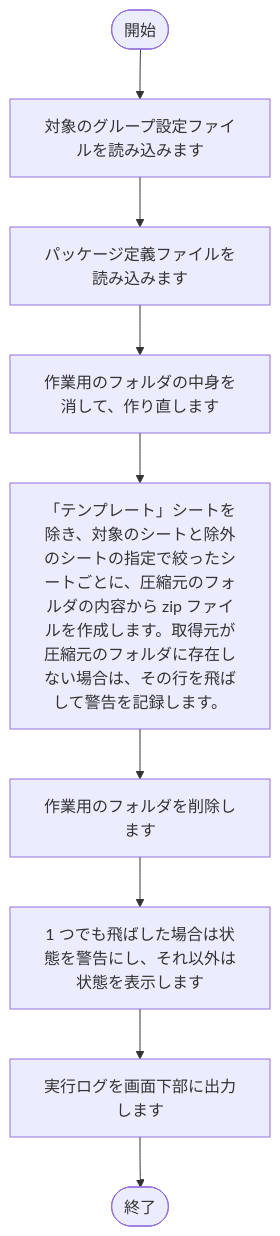
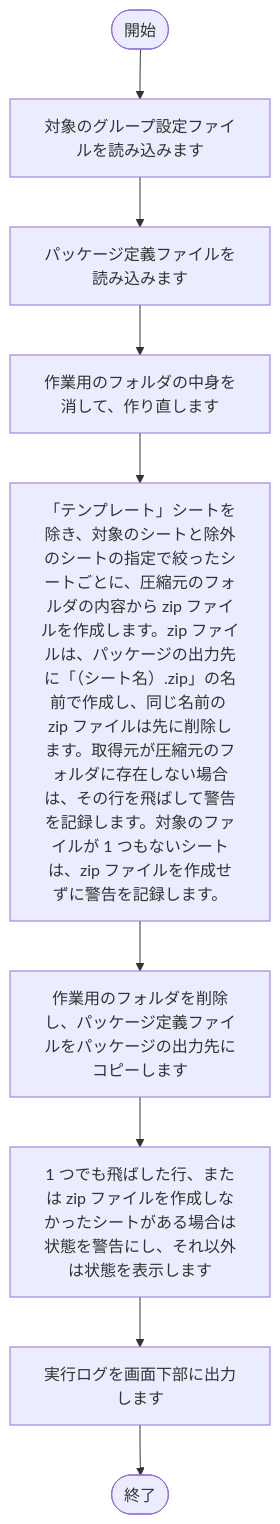
Before and after one commit to nishida2073/project_management: the second of 13 diagrams in tool/package-generator/doc/02_設計/処理フロー.md, drawn with Mermaid. The commit also changed other lines of this file and 4 other files, not shown here.

````diff
--- a/tool/package-generator/doc/02_設計/処理フロー.md
+++ b/tool/package-generator/doc/02_設計/処理フロー.md
@@ -71,20 +74,20 @@
 ```mermaid
 flowchart TD
     S(["開始"])
     E(["終了"])
     N1["対象のグループ設定ファイルを読み込みます"]
     S --> N1
     N2["パッケージ定義ファイルを読み込みます"]
     N1 --> N2
     N3["作業用のフォルダの中身を消して、作り直します"]
     N2 --> N3
-    N4["「テンプレート」シートを除き、対象のシートと除外のシートの指定で絞ったシートごとに、圧縮元のフォルダの内容から zip ファイルを作成します。取得元が圧縮元のフォルダに存在しない場合は、その行を飛ばして警告を記録します。"]
+    N4["「テンプレート」シートを除き、対象のシートと除外のシートの指定で絞ったシートごとに、圧縮元のフォルダの内容から zip ファイルを作成します。zip ファイルは、パッケージの出力先に「（シート名）.zip」の名前で作成し、同じ名前の zip ファイルは先に削除します。取得元が圧縮元のフォルダに存在しない場合は、その行を飛ばして警告を記録します。対象のファイルが 1 つもないシートは、zip ファイルを作成せずに警告を記録します。"]
     N3 --> N4
-    N5["作業用のフォルダを削除します"]
+    N5["作業用のフォルダを削除し、パッケージ定義ファイルをパッケージの出力先にコピーします"]
     N4 --> N5
-    N6["1 つでも飛ばした場合は状態を警告にし、それ以外は状態を表示します"]
+    N6["1 つでも飛ばした行、または zip ファイルを作成しなかったシートがある場合は状態を警告にし、それ以外は状態を表示します"]
     N5 --> N6
     N7["実行ログを画面下部に出力します"]
     N6 --> N7
     N7 --> E
 ```
````
